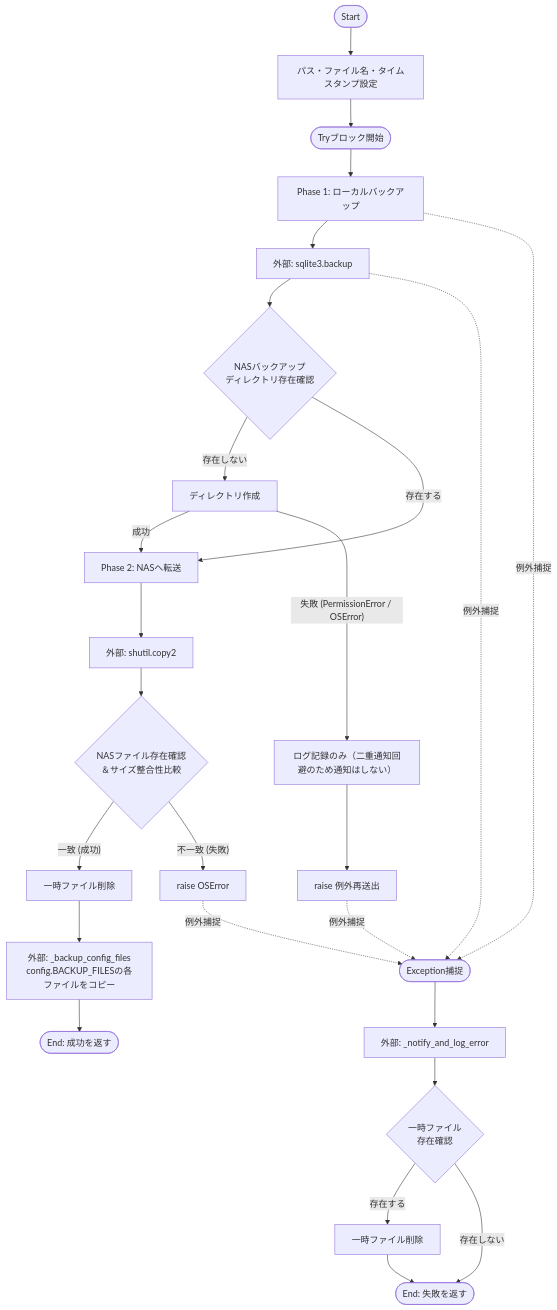
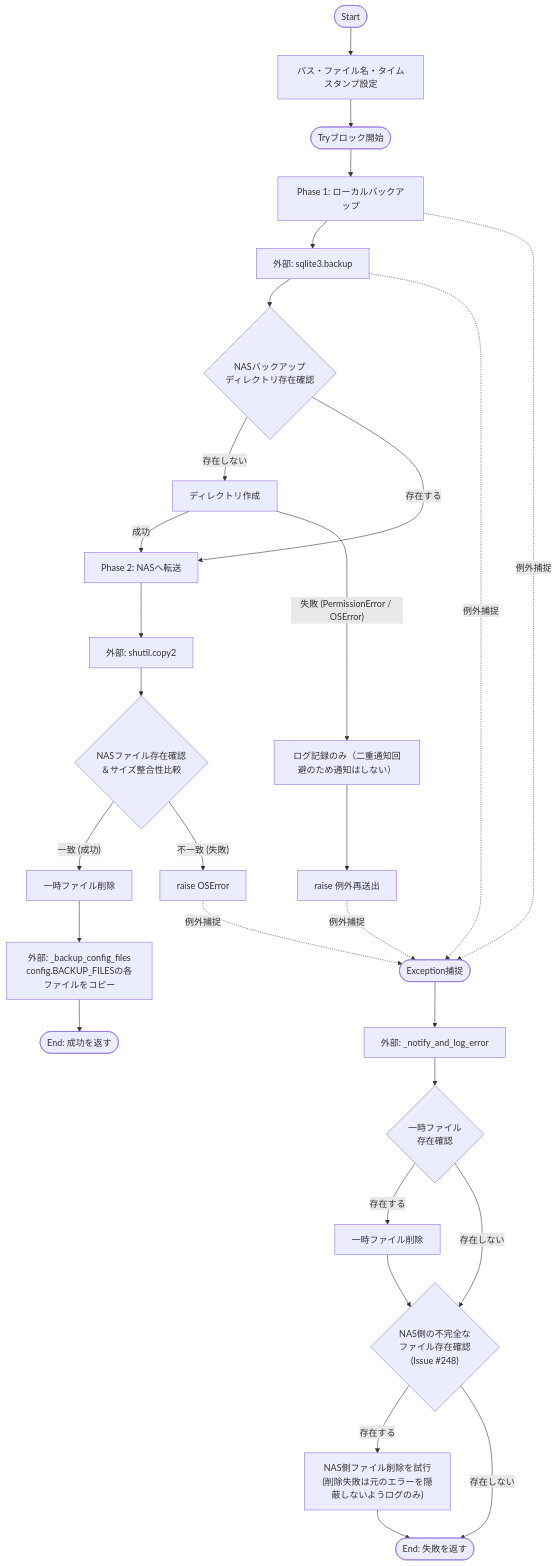
One commit to mmtigers/my_python_project changed the first of 2 diagrams in docs/specifications/MY_HOME_SYSTEM/backup_service.md. Above: the diagram before and after it, drawn with Mermaid. The commit also changed other lines of this file and 2 other files, not shown here.

Commit message:
fix(backup_service): clean up partial NAS file on transfer failure (#248)
perform_backup()'s outer except block only removed the local temp file
(temp_path) on failure. If shutil.copy2() failed partway through the NAS
transfer (disk pressure, disconnect) or the post-transfer size-integrity
check failed, the partially-written or corrupt file on the NAS side
(nas_final_path) was left behind indefinitely -- no data loss (a
successful backup is only ever created on the success path), but a
growing pile of broken backup files on the NAS.

Now removes nas_final_path too when it exists, wrapped in its own
try/except so a cleanup failure (e.g. NAS disconnected) can't mask or
override the original error's return value.

Added three regression tests to test_backup_service.py: partial file
cleanup when copy2 raises mid-transfer, cleanup on integrity-check
mismatch, and that a cleanup failure doesn't clobber the original error
message. Verified via git stash that the first two fail against the
pre-fix code (the leftover NAS file remains). Full backend suite (673
tests) passes, ruff's CI-blocking subset is clean, and bandit reports no
issues.

````diff
--- a/docs/specifications/MY_HOME_SYSTEM/backup_service.md
+++ b/docs/specifications/MY_HOME_SYSTEM/backup_service.md
@@ -135,36 +136,39 @@
 ```mermaid
 flowchart TD
   Start([Start]) --> Init[パス・ファイル名・タイムスタンプ設定]
   Init --> TryStart([Tryブロック開始])
 
   TryStart --> Phase1[Phase 1: ローカルバックアップ]
   Phase1 --> SQLiteBackup[外部: sqlite3.backup]
   SQLiteBackup --> CheckNASDir{NASバックアップ\nディレクトリ存在確認}
 
   CheckNASDir -- 存在しない --> TryCreateDir[ディレクトリ作成]
   TryCreateDir -- 成功 --> CopyNAS
   TryCreateDir -- "失敗 (PermissionError / OSError)" --> LogDirErr["ログ記録のみ（二重通知回避のため通知はしない）"]
   LogDirErr --> RaiseDirErr[raise 例外再送出]
 
   CheckNASDir -- 存在する --> CopyNAS[Phase 2: NASへ転送]
   CopyNAS --> ShutilCopy[外部: shutil.copy2]
 
   ShutilCopy --> Validate{NASファイル存在確認\n＆サイズ整合性比較}
   Validate -- "一致 (成功)" --> RemoveTempSuccess[一時ファイル削除]
   RemoveTempSuccess --> BackupConfigFiles[外部: _backup_config_files\nconfig.BACKUP_FILESの各ファイルをコピー]
   BackupConfigFiles --> ReturnSuccess([End: 成功を返す])
 
   Validate -- "不一致 (失敗)" --> RaiseOSError[raise OSError]
 
   RaiseDirErr -. "例外捕捉" .-> GlobalCatch
   RaiseOSError -. "例外捕捉" .-> GlobalCatch
   Phase1 -. "例外捕捉" .-> GlobalCatch
   SQLiteBackup -. "例外捕捉" .-> GlobalCatch
 
   GlobalCatch([Exception捕捉]) --> NotifyError[外部: _notify_and_log_error]
   NotifyError --> CheckTemp{一時ファイル\n存在確認}
   CheckTemp -- 存在する --> RemoveTempFail[一時ファイル削除]
-  RemoveTempFail --> ReturnFail([End: 失敗を返す])
-  CheckTemp -- 存在しない --> ReturnFail
+  RemoveTempFail --> CheckNasPartial
+  CheckTemp -- 存在しない --> CheckNasPartial{"NAS側の不完全な\nファイル存在確認\n(Issue #248)"}
+  CheckNasPartial -- 存在する --> RemoveNasPartial["NAS側ファイル削除を試行\n(削除失敗は元のエラーを隠蔽しないようログのみ)"]
+  RemoveNasPartial --> ReturnFail([End: 失敗を返す])
+  CheckNasPartial -- 存在しない --> ReturnFail
 
 ```
````
